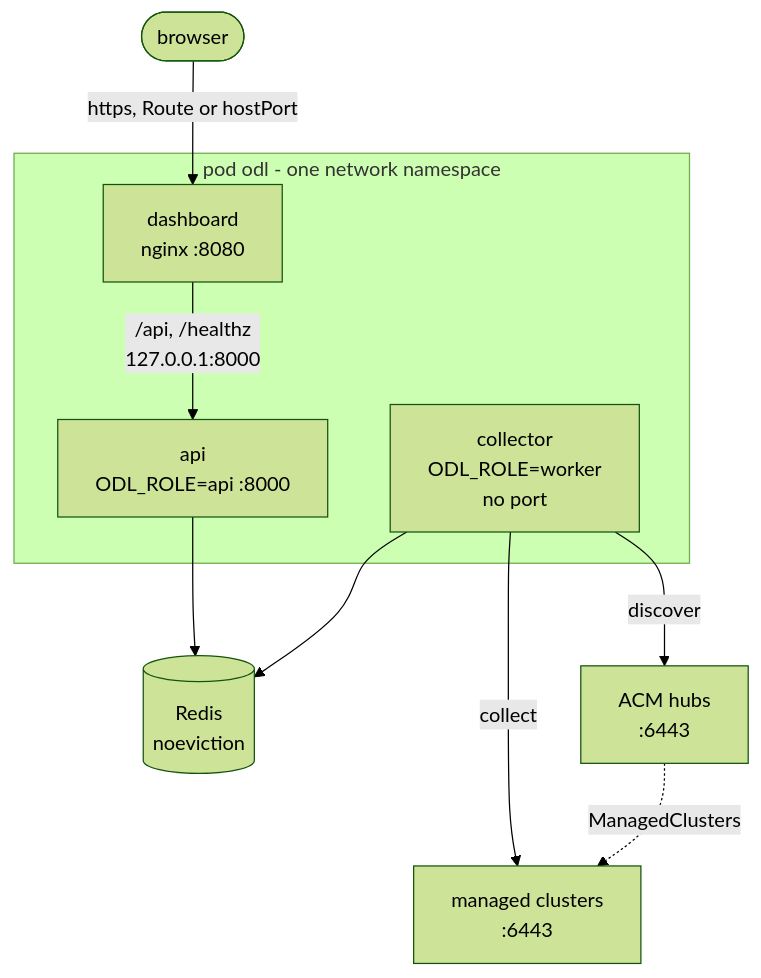
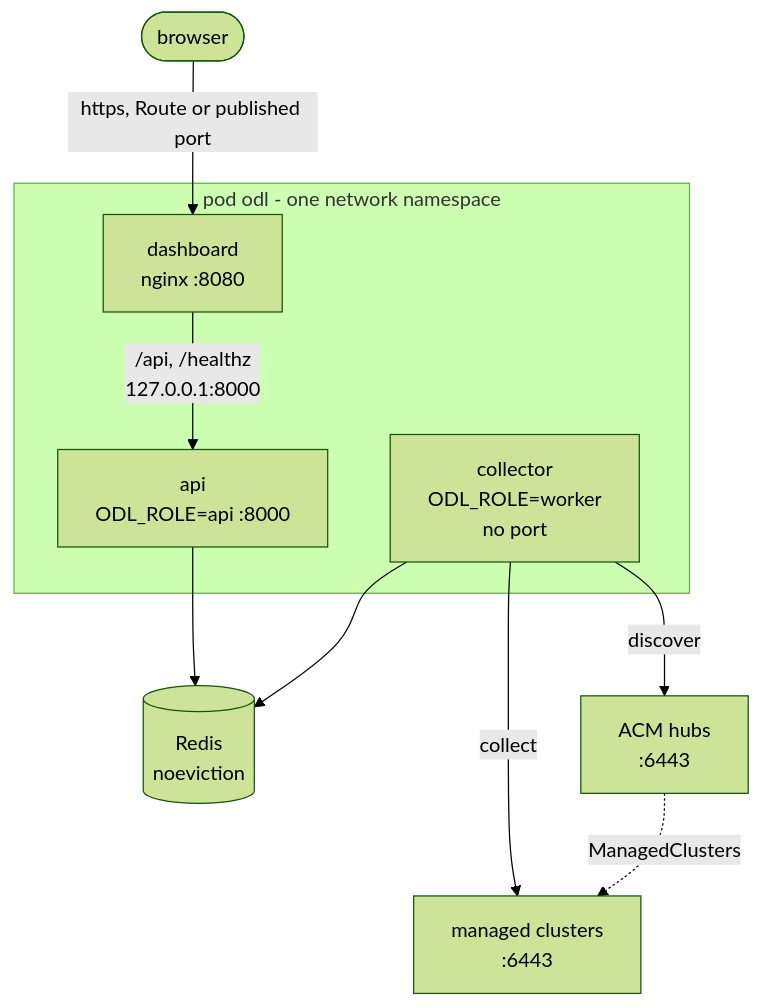
Before and after one commit to aasthapit/Operations-Data-Layer: the diagram in docs/containers.md, drawn with Mermaid (forest theme). The commit also changed other lines of this file and 114 other files, not shown here.

````diff
--- a/docs/containers.md
+++ b/docs/containers.md
@@ -37,22 +37,22 @@
 ```mermaid
 flowchart TB
   browser(["browser"])
 
   subgraph pod["pod odl - one network namespace"]
     dash["dashboard<br/>nginx :8080"]
     api["api<br/>ODL_ROLE=api :8000"]
     collector["collector<br/>ODL_ROLE=worker<br/>no port"]
   end
 
   redis[("Redis<br/>noeviction")]
   hubs["ACM hubs<br/>:6443"]
   clusters["managed clusters<br/>:6443"]
 
-  browser -->|"https, Route or hostPort"| dash
+  browser -->|"https, Route or published port"| dash
   dash -->|"/api, /healthz<br/>127.0.0.1:8000"| api
   api --> redis
   collector --> redis
   collector -->|"discover"| hubs
   collector -->|"collect"| clusters
   hubs -.->|"ManagedClusters"| clusters
 ```
````
